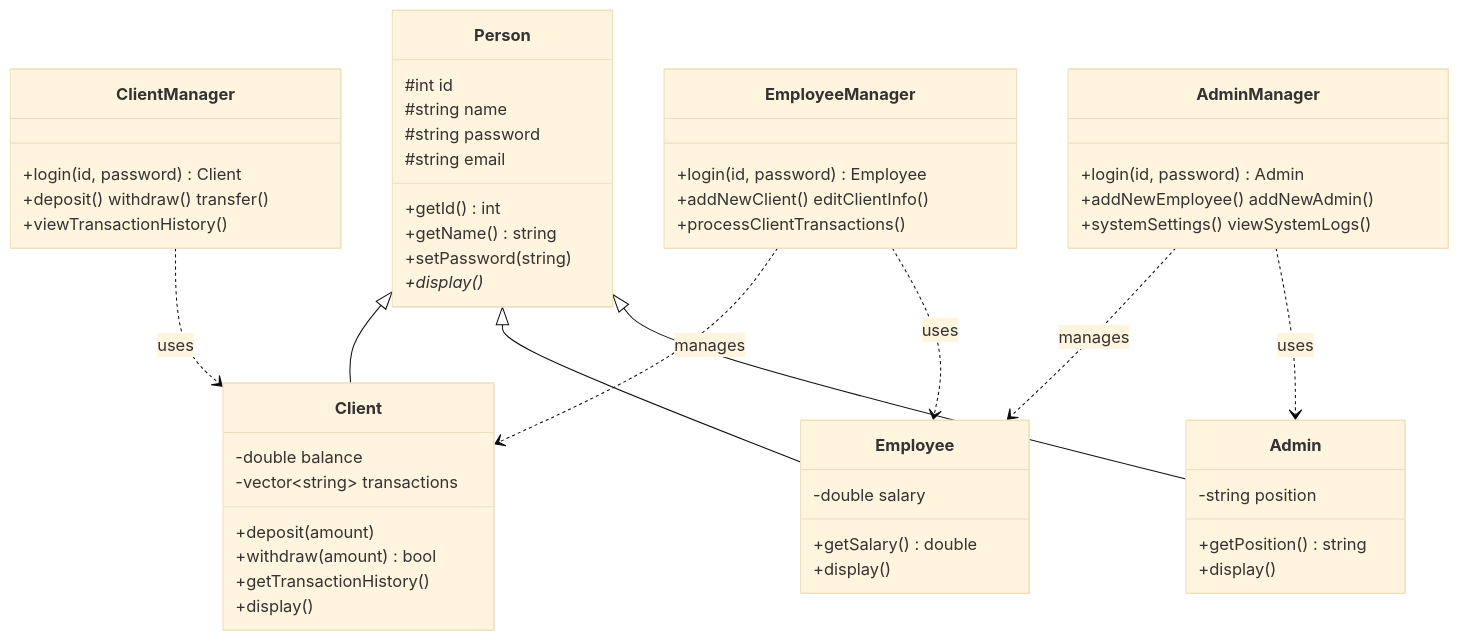
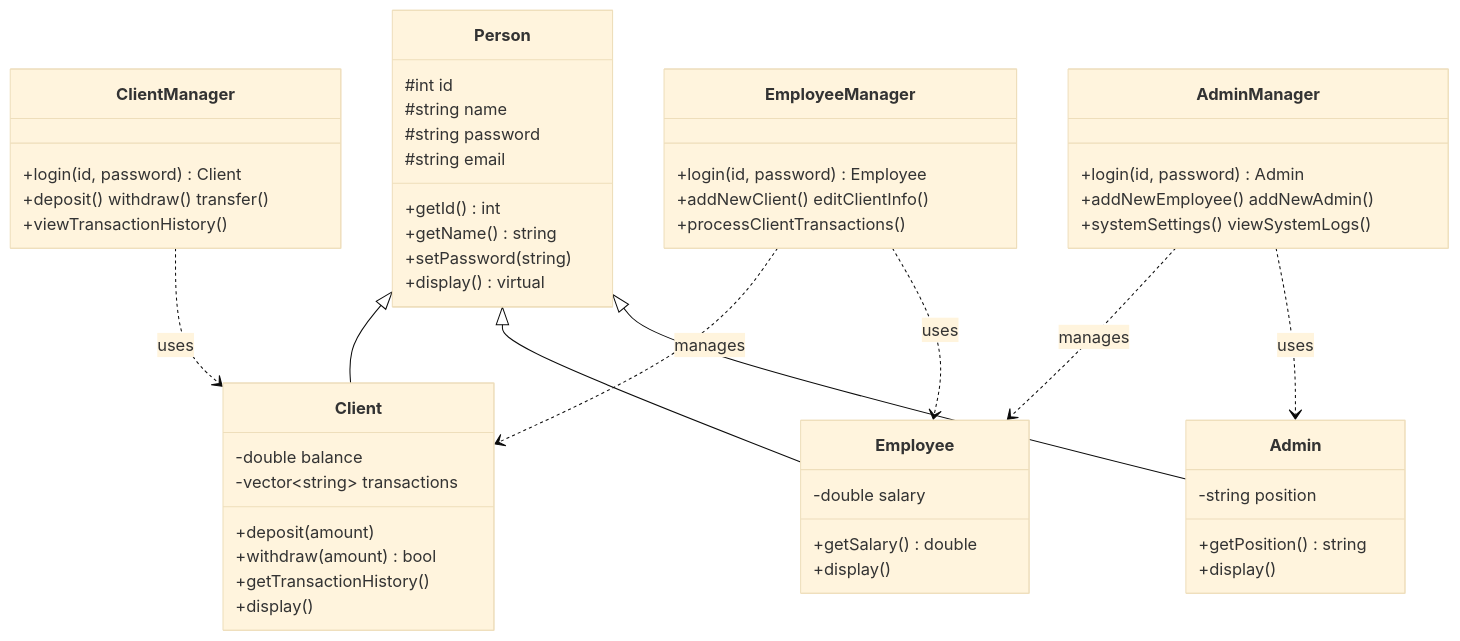
Before and after one commit to HusseinHany/Bank_System: the first of 2 diagrams in README.md, drawn with Mermaid (base theme).

Commit message:
README: mark display() as virtual, not abstract

````diff
--- a/README.md
+++ b/README.md
@@ -25,56 +25,56 @@
 ```mermaid
 classDiagram
     direction TB
     class Person {
         #int id
         #string name
         #string password
         #string email
         +getId() int
         +getName() string
         +setPassword(string)
-        +display()*
+        +display() virtual
     }
     class Client {
         -double balance
         -vector~string~ transactions
         +deposit(amount)
         +withdraw(amount) bool
         +getTransactionHistory()
         +display()
     }
     class Employee {
         -double salary
         +getSalary() double
         +display()
     }
     class Admin {
         -string position
         +getPosition() string
         +display()
     }
     Person <|-- Client
     Person <|-- Employee
     Person <|-- Admin
 
     class ClientManager {
         +login(id, password) Client
         +deposit() withdraw() transfer()
         +viewTransactionHistory()
     }
     class EmployeeManager {
         +login(id, password) Employee
         +addNewClient() editClientInfo()
         +processClientTransactions()
     }
     class AdminManager {
         +login(id, password) Admin
         +addNewEmployee() addNewAdmin()
         +systemSettings() viewSystemLogs()
     }
     ClientManager ..> Client : uses
     EmployeeManager ..> Client : manages
     EmployeeManager ..> Employee : uses
     AdminManager ..> Employee : manages
     AdminManager ..> Admin : uses
 ```
````
